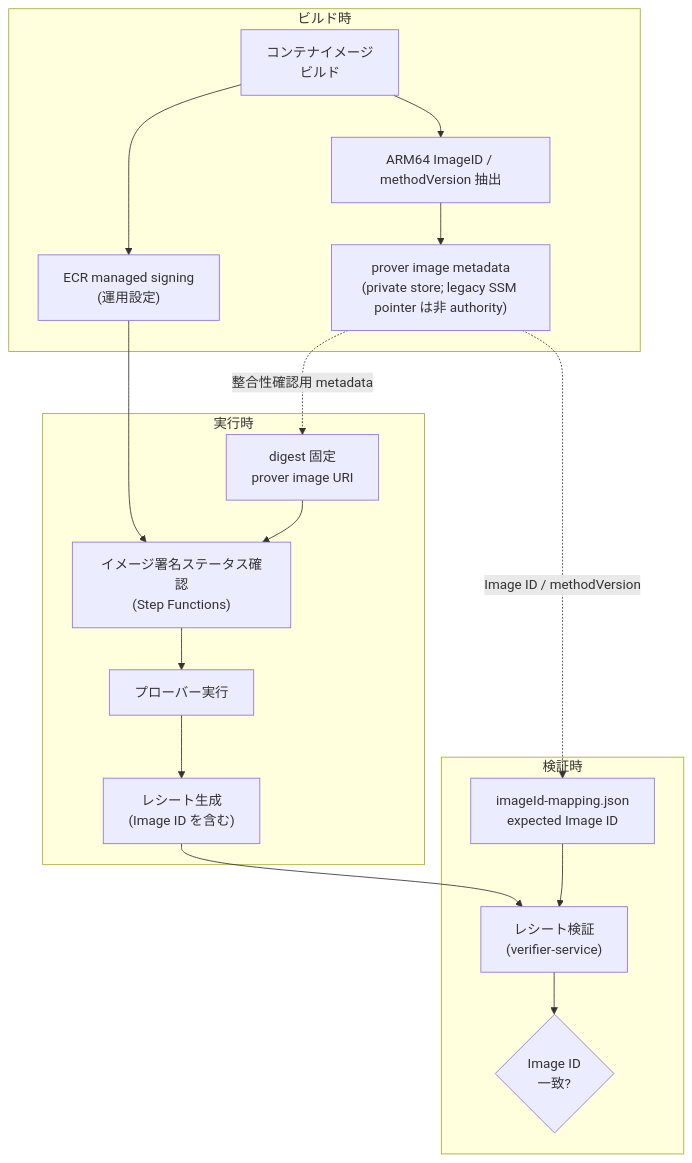
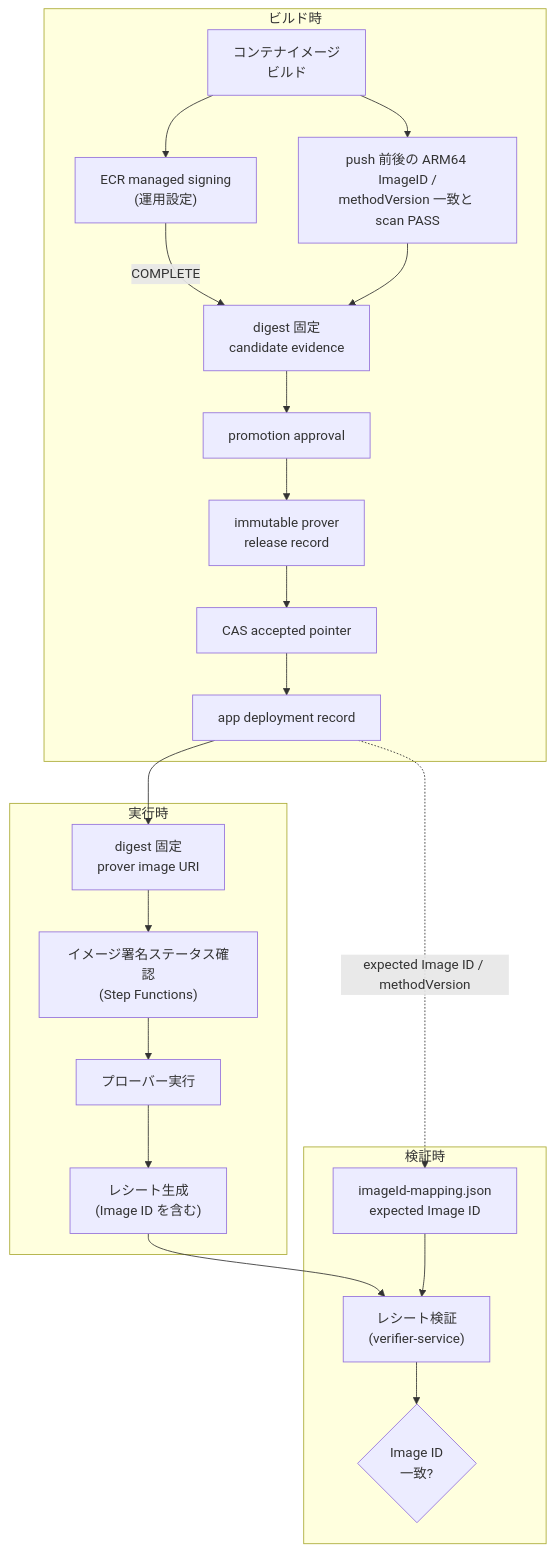
One commit to hwatanabe-jp/stark-ballot-simulator-public changed the third of 3 diagrams in public-book/src/aws/image-signing.md. Above: the diagram before and after it, drawn with Mermaid. The commit also changed other lines of this file and 275 other files, not shown here.

````diff
--- a/public-book/src/aws/image-signing.md
+++ b/public-book/src/aws/image-signing.md
@@ -144,25 +151,29 @@
 ```mermaid
 flowchart TD
   subgraph "ビルド時"
     BUILD["コンテナイメージ<br/>ビルド"] --> SIGN["ECR managed signing<br/>(運用設定)"]
-    BUILD --> IMGID["ARM64 ImageID / methodVersion 抽出"]
-    IMGID --> META["prover image metadata<br/>(private store; legacy SSM pointer は非 authority)"]
+    BUILD --> IMGID["push 前後の ARM64 ImageID /<br/>methodVersion 一致と scan PASS"]
+    SIGN -->|COMPLETE| EVID["digest 固定<br/>candidate evidence"]
+    IMGID --> EVID
+    EVID --> APR["promotion approval"]
+    APR --> RECORD["immutable prover<br/>release record"]
+    RECORD --> POINTER["CAS accepted pointer"]
+    POINTER --> DEPLOY["app deployment record"]
   end
 
   subgraph "実行時"
     URI["digest 固定<br/>prover image URI"] --> VERIFY_SIG
     VERIFY_SIG["イメージ署名ステータス確認<br/>(Step Functions)"] --> RUN["プローバー実行"]
     RUN --> RECEIPT["レシート生成<br/>(Image ID を含む)"]
   end
 
   subgraph "検証時"
     MAP["imageId-mapping.json<br/>expected Image ID"]
     RECEIPT --> VERIFY_RECEIPT["レシート検証<br/>(verifier-service)"]
     MAP --> VERIFY_RECEIPT
     VERIFY_RECEIPT --> MATCH{"Image ID<br/>一致?"}
   end
 
-  SIGN --> VERIFY_SIG
-  META -. "整合性確認用 metadata" .-> URI
-  META -. "Image ID / methodVersion" .-> MAP
+  DEPLOY --> URI
+  DEPLOY -. "expected Image ID / methodVersion" .-> MAP
 ```
````
